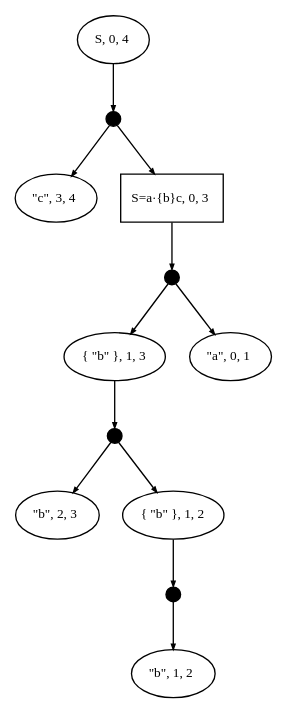
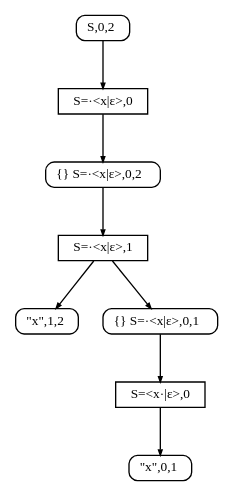
One commit to JanWillemBrands/AoC2021 changed the diagram in SPPF.gv. Above: the diagram before and after it, drawn with Graphviz. The commit also changed 44 other files, not shown here.

```diff
--- a/SPPF.gv
+++ b/SPPF.gv
@@ -1,31 +1,23 @@
 digraph SPPF {
   fontname = Menlo
   fontsize = 10
   node [fontname = Menlo, fontsize = 10]
   edge [arrowsize = 0.4]
   rankdir = "TB"
   ordering = out
-  n0 [shape = ellipse, label = <S, 0, 4>]
-  n1 [shape = circle, width = 0.15, height = 0.15, fixedsize = true, style = filled, fillcolor = black, label = "", tooltip = "S=a{b}c·, 3"]
-  n2 [shape = ellipse, label = <"c", 3, 4>]
-  n3 [shape = rectangle, label = <S=a·{b}c, 0, 3>]
-  n4 [shape = circle, width = 0.15, height = 0.15, fixedsize = true, style = filled, fillcolor = black, label = "", tooltip = "S=a·{b}c, 1"]
-  n5 [shape = ellipse, label = <{ "b" }, 1, 3>]
-  n6 [shape = ellipse, label = <"a", 0, 1>]
-  n7 [shape = circle, width = 0.15, height = 0.15, fixedsize = true, style = filled, fillcolor = black, label = "", tooltip = "S=a·{b}c, 2"]
-  n8 [shape = ellipse, label = <"b", 2, 3>]
-  n9 [shape = ellipse, label = <{ "b" }, 1, 2>]
-  n10 [shape = circle, width = 0.15, height = 0.15, fixedsize = true, style = filled, fillcolor = black, label = "", tooltip = "S=a{b·}c, 1"]
-  n11 [shape = ellipse, label = <"b", 1, 2>]
+  n0 [shape = box, style = rounded, width=0.0, height=0.0, label = <S,0,2>]
+  n1 [shape = rectangle, width=0.0, height=0.0, label = "S=·&lt;x|ε&gt;,0"]
+  n2 [shape = box, style = rounded, width=0.0, height=0.0, label = <{} S=·&lt;x|ε&gt;,0,2>]
+  n3 [shape = rectangle, width=0.0, height=0.0, label = "S=·&lt;x|ε&gt;,1"]
+  n4 [shape = box, style = rounded, width=0.0, height=0.0, label = <"x",1,2>]
+  n5 [shape = box, style = rounded, width=0.0, height=0.0, label = <{} S=·&lt;x|ε&gt;,0,1>]
+  n6 [shape = rectangle, width=0.0, height=0.0, label = "S=&lt;x·|ε&gt;,0"]
+  n7 [shape = box, style = rounded, width=0.0, height=0.0, label = <"x",0,1>]
   n0 -> n1
   n1 -> n2
-  n1 -> n3
+  n2 -> n3
   n3 -> n4
-  n4 -> n5
-  n4 -> n6
-  n5 -> n7
-  n7 -> n8
-  n7 -> n9
-  n9 -> n10
-  n10 -> n11
+  n3 -> n5
+  n5 -> n6
+  n6 -> n7
 }
```
